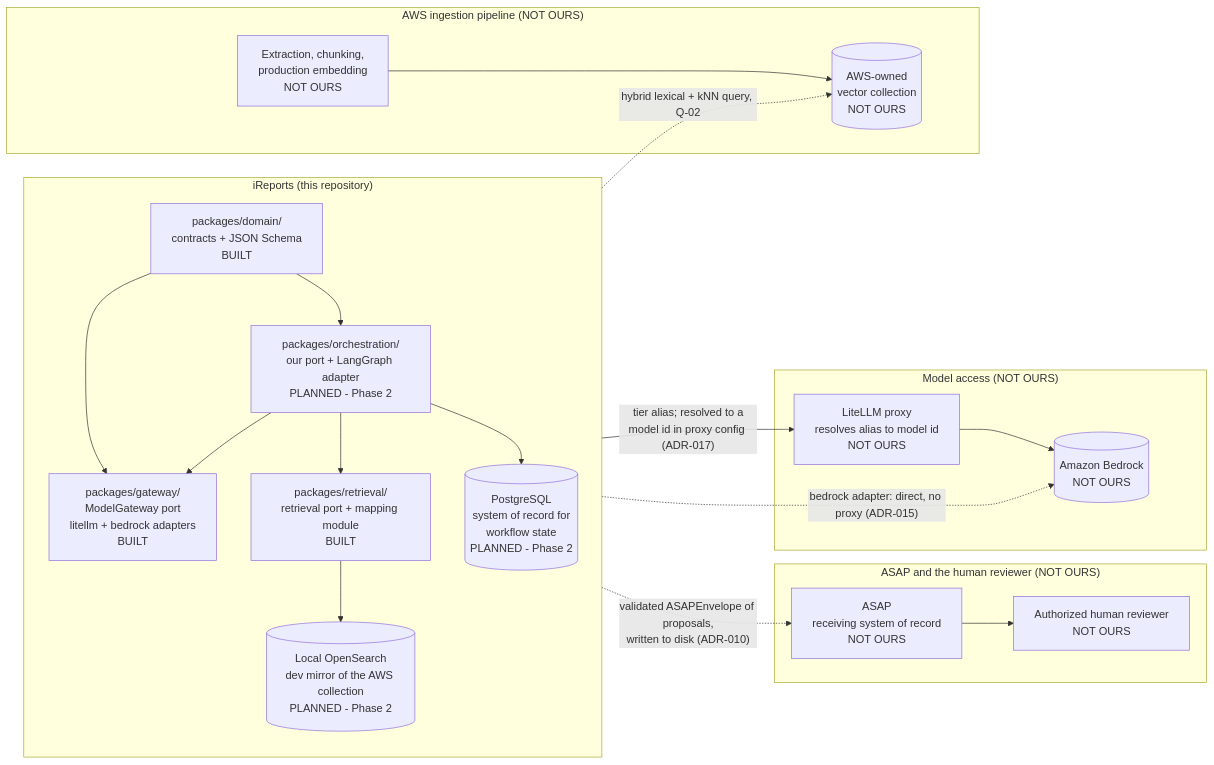
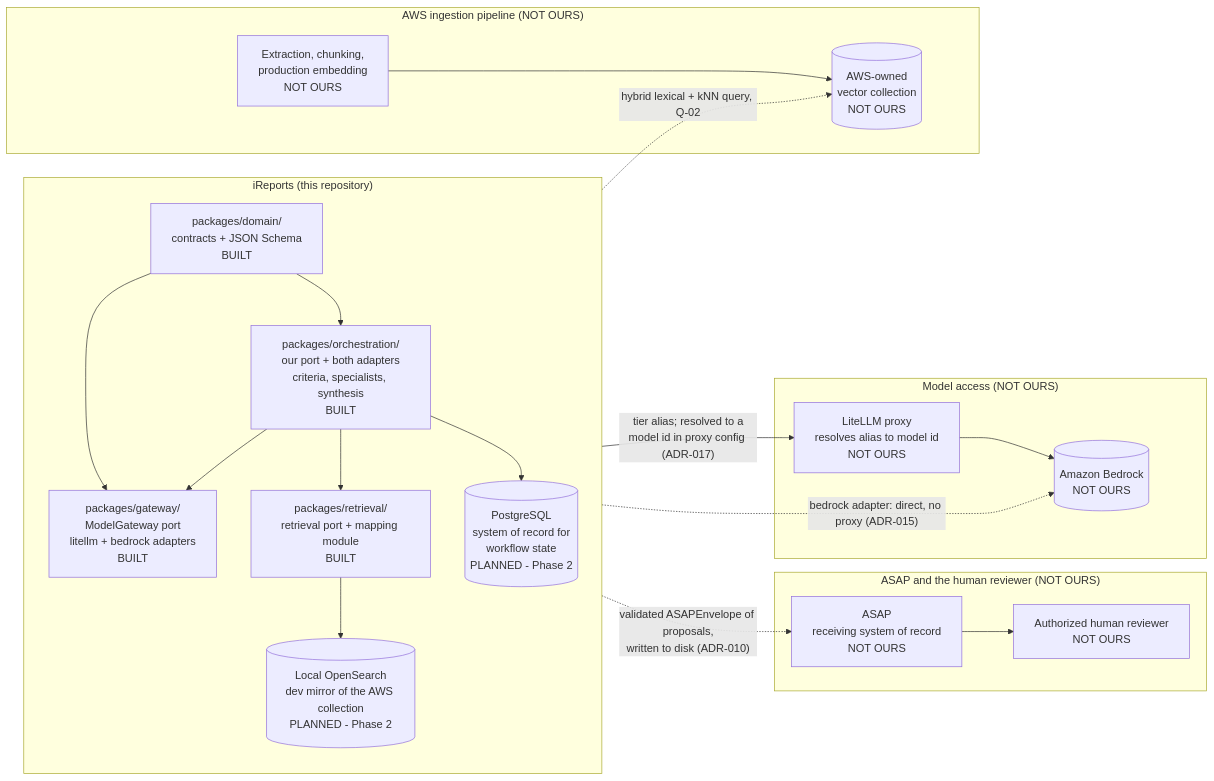
The first of 2 diagrams in docs/handoff/component-architecture.md (Amivero-LLC/asap-ireports-poc), drawn with Mermaid before and after one commit. The commit also changed other lines of this file and 27 other files, not shown here.

````diff
--- a/docs/handoff/component-architecture.md
+++ b/docs/handoff/component-architecture.md
@@ -156,41 +156,41 @@
 ```mermaid
 flowchart LR
     subgraph OURS["iReports (this repository)"]
         direction TB
         DOMAIN["packages/domain/<br/>contracts + JSON Schema<br/>BUILT"]
         GATEWAY["packages/gateway/<br/>ModelGateway port<br/>litellm + bedrock adapters<br/>BUILT"]
-        ORCH["packages/orchestration/<br/>our port + LangGraph adapter<br/>PLANNED - Phase 2"]
+        ORCH["packages/orchestration/<br/>our port + both adapters<br/>criteria, specialists, synthesis<br/>BUILT"]
         RETR["packages/retrieval/<br/>retrieval port + mapping module<br/>BUILT"]
         PG[("PostgreSQL<br/>system of record for<br/>workflow state<br/>PLANNED - Phase 2")]
         OSLOCAL[("Local OpenSearch<br/>dev mirror of the AWS collection<br/>PLANNED - Phase 2")]
     end
 
     subgraph AWSSIDE["AWS ingestion pipeline (NOT OURS)"]
         INGEST["Extraction, chunking,<br/>production embedding<br/>NOT OURS"]
         VCOL[("AWS-owned<br/>vector collection<br/>NOT OURS")]
     end
 
     subgraph DELIVERYSIDE["ASAP and the human reviewer (NOT OURS)"]
         REVIEWER["Authorized human reviewer<br/>NOT OURS"]
         ASAPSYS["ASAP<br/>receiving system of record<br/>NOT OURS"]
     end
 
     subgraph MODELSIDE["Model access (NOT OURS)"]
         PROXY["LiteLLM proxy<br/>resolves alias to model id<br/>NOT OURS"]
         BEDROCK[("Amazon Bedrock<br/>NOT OURS")]
     end
 
     DOMAIN --> ORCH
     DOMAIN --> GATEWAY
     ORCH --> GATEWAY
     ORCH --> RETR
     ORCH --> PG
     RETR --> OSLOCAL
     RETR -. "hybrid lexical + kNN query, Q-02" .-> VCOL
     INGEST --> VCOL
     GATEWAY -- "tier alias; resolved to a<br/>model id in proxy config (ADR-017)" --> PROXY
     PROXY --> BEDROCK
     GATEWAY -. "bedrock adapter: direct, no proxy (ADR-015)" .-> BEDROCK
     ORCH -. "validated ASAPEnvelope of proposals,<br/>written to disk (ADR-010)" .-> ASAPSYS
     ASAPSYS --> REVIEWER
 ```
````
